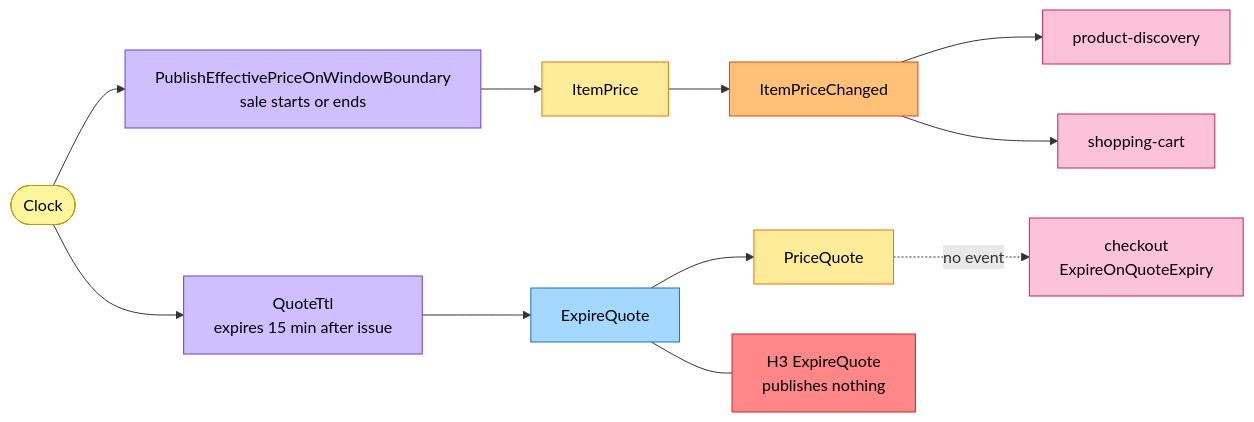
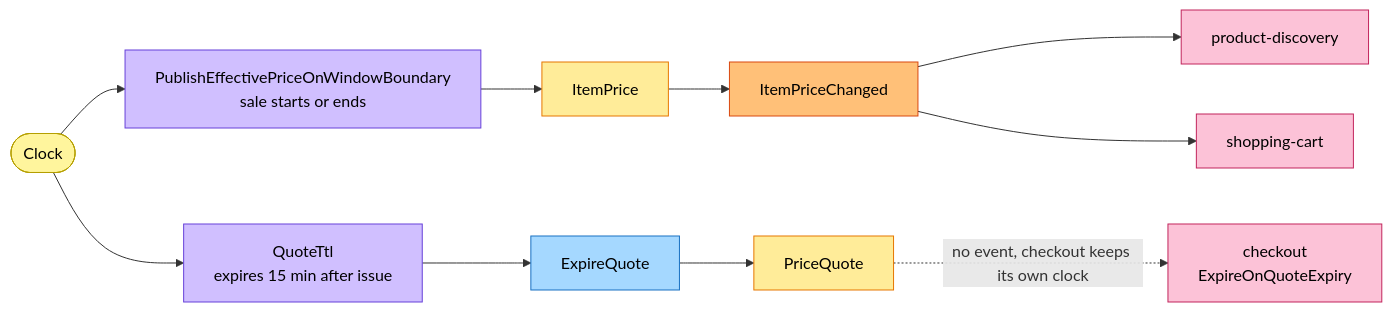
Before and after one commit to IQVO/warehouse-docs: the second of 4 diagrams in storefront/docs/contexts/pricing/eventstorming.md, drawn with Mermaid. The commit also changed other lines of this file and 1 other file, not shown here.

````diff
--- a/storefront/docs/contexts/pricing/eventstorming.md
+++ b/storefront/docs/contexts/pricing/eventstorming.md
@@ -95,33 +91,31 @@
 ```mermaid
 flowchart LR
     T(["Clock"]):::actor
     P1["PublishEffectivePriceOnWindowBoundary<br/>sale starts or ends"]:::policy
     P2["QuoteTtl<br/>expires 15 min after issue"]:::policy
     G1["ItemPrice"]:::aggregate
     G4["PriceQuote"]:::aggregate
     C4["ExpireQuote"]:::command
     E1["ItemPriceChanged"]:::event
     PD["product-discovery"]:::external
     SC["shopping-cart"]:::external
     CK["checkout<br/>ExpireOnQuoteExpiry"]:::external
-    H3["H3 ExpireQuote<br/>publishes nothing"]:::hotspot
 
     T --> P1
     P1 --> G1
     G1 --> E1
     E1 --> PD
     E1 --> SC
     T --> P2
     P2 --> C4
     C4 --> G4
-    G4 -.->|no event| CK
-    C4 --- H3
+    G4 -.->|no event, checkout keeps its own clock| CK
 
     classDef actor fill:#fff59d,stroke:#b59f00,color:#000
     classDef command fill:#a5d8ff,stroke:#1971c2,color:#000
     classDef aggregate fill:#ffec99,stroke:#e67700,color:#000
     classDef event fill:#ffc078,stroke:#d9480f,color:#000
     classDef policy fill:#d0bfff,stroke:#6741d9,color:#000
     classDef external fill:#fcc2d7,stroke:#c2255c,color:#000
     classDef hotspot fill:#ff8787,stroke:#c92a2a,color:#000
 ```
````
